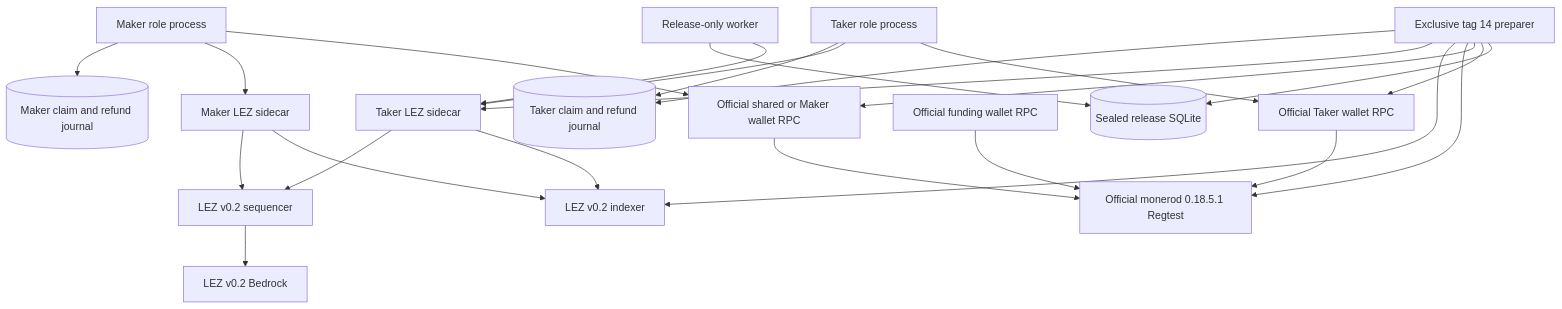
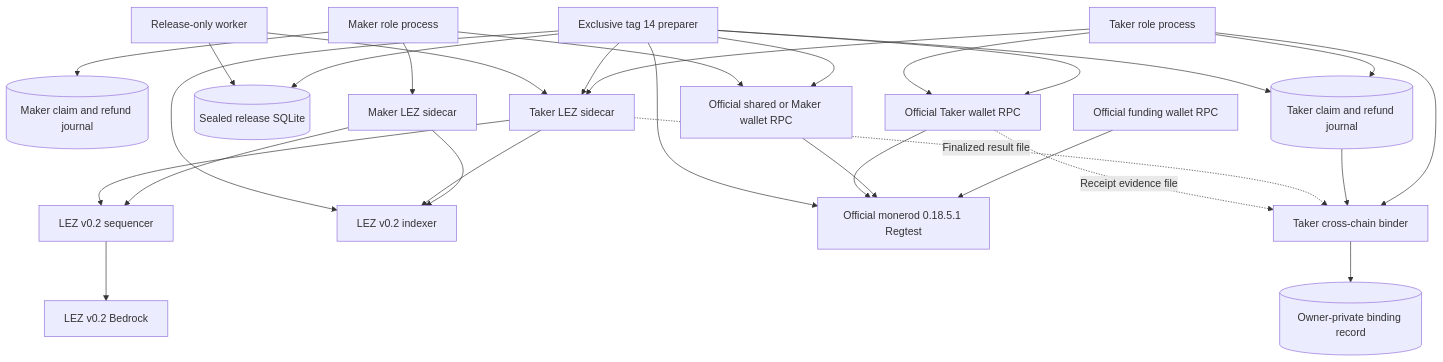
Before and after one commit to gateway-fm/lez-atomic-swaps: diagram 20 of 27 in docs/architecture/system-architecture.md, drawn with Mermaid. The commit also changed other lines of this file and 12 other files, not shown here.

````diff
--- a/docs/architecture/system-architecture.md
+++ b/docs/architecture/system-architecture.md
@@ -2116,43 +2116,50 @@
 ```mermaid
 flowchart TB
     Maker["Maker role process"]
     Taker["Taker role process"]
     MakerJournal[("Maker claim and refund journal")]
     TakerJournal[("Taker claim and refund journal")]
     Preparer["Exclusive tag 14 preparer"]
     ReleaseDb[("Sealed release SQLite")]
     Worker["Release-only worker"]
     MakerSidecar["Maker LEZ sidecar"]
     TakerSidecar["Taker LEZ sidecar"]
     Sequencer["LEZ v0.2 sequencer"]
     Indexer["LEZ v0.2 indexer"]
     Bedrock["LEZ v0.2 Bedrock"]
     Monerod["Official monerod 0.18.5.1 Regtest"]
     FundingWallet["Official funding wallet RPC"]
     SharedWallet["Official shared or Maker wallet RPC"]
     TakerWallet["Official Taker wallet RPC"]
+    Binder["Taker cross-chain binder"]
+    Binding[("Owner-private binding record")]
 
     Maker --> MakerJournal
     Taker --> TakerJournal
     Maker --> MakerSidecar
     Taker --> TakerSidecar
     MakerSidecar --> Sequencer
     TakerSidecar --> Sequencer
     Sequencer --> Bedrock
     MakerSidecar --> Indexer
     TakerSidecar --> Indexer
     FundingWallet --> Monerod
     SharedWallet --> Monerod
     TakerWallet --> Monerod
     Preparer --> TakerJournal
     Preparer --> TakerSidecar
     Preparer --> Indexer
     Preparer --> Monerod
     Preparer --> SharedWallet
     Preparer --> TakerWallet
     Preparer --> ReleaseDb
     Worker --> ReleaseDb
     Worker --> TakerSidecar
     Maker --> SharedWallet
     Taker --> TakerWallet
+    Taker --> Binder
+    TakerJournal --> Binder
+    TakerSidecar -.->|"Finalized result file"| Binder
+    TakerWallet -.->|"Receipt evidence file"| Binder
+    Binder --> Binding
 ```
````
